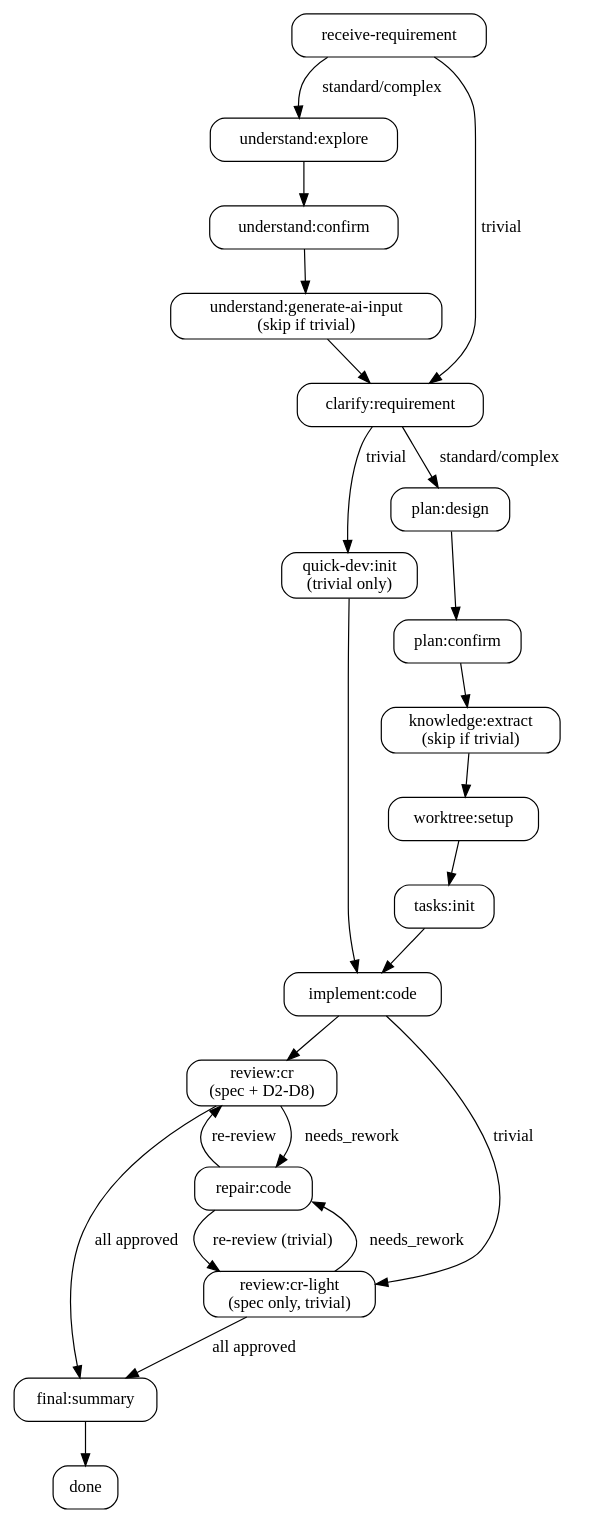
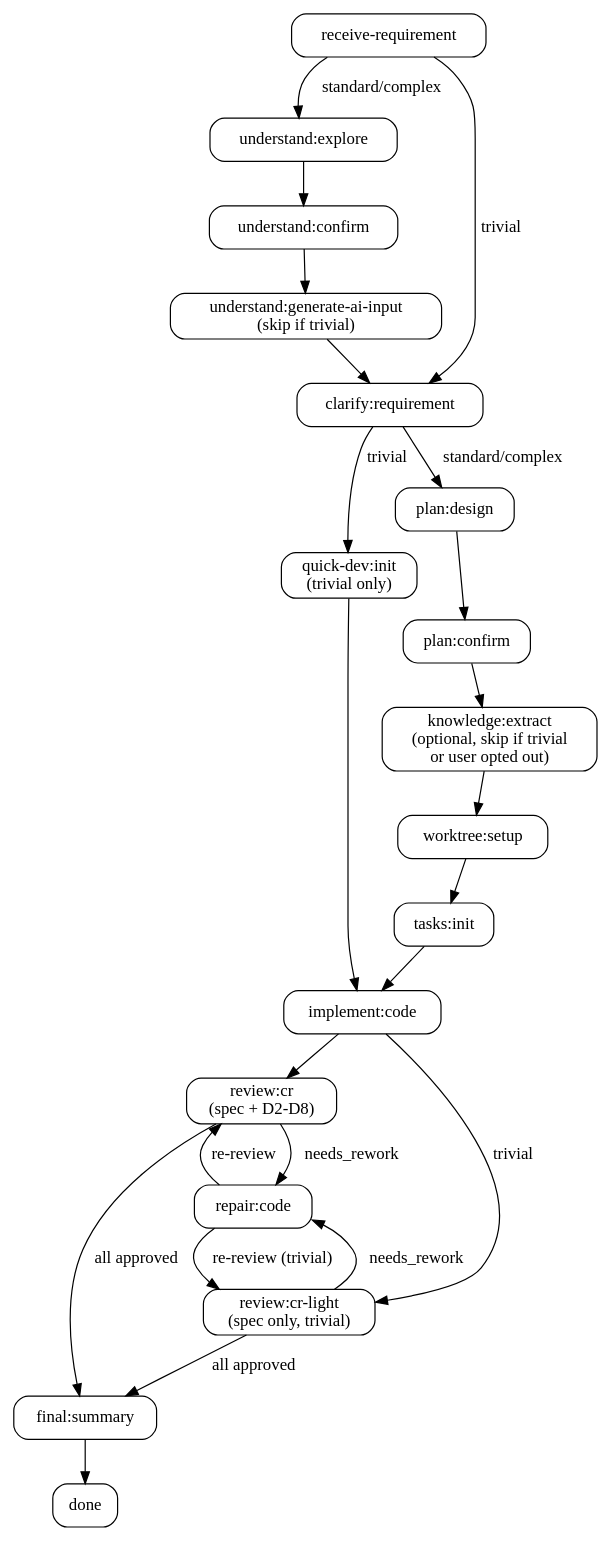
Before and after one commit to Jxin-Cai/chisel: the diagram in skills/chisel/SKILL.md, drawn with Graphviz. The commit also changed other lines of this file and 17 other files, not shown here.

````diff
--- a/skills/chisel/SKILL.md
+++ b/skills/chisel/SKILL.md
@@ -52,40 +52,40 @@
 ```dot
 digraph chisel_flow {
   rankdir=TB; node [shape=box, style=rounded];
   receive [label="receive-requirement"];
   explore [label="understand:explore"];
   u_confirm [label="understand:confirm"];
   ai_input [label="understand:generate-ai-input\n(skip if trivial)"];
   clarify [label="clarify:requirement"];
   quickdev [label="quick-dev:init\n(trivial only)"];
   design [label="plan:design"];
   p_confirm [label="plan:confirm"];
-  knowledge [label="knowledge:extract\n(skip if trivial)"];
+  knowledge [label="knowledge:extract\n(optional, skip if trivial\nor user opted out)"];
   worktree [label="worktree:setup"];
   tasks [label="tasks:init"];
   implement [label="implement:code"];
   review [label="review:cr\n(spec + D2-D8)"];
   review_light [label="review:cr-light\n(spec only, trivial)"];
   repair [label="repair:code"];
   final [label="final:summary"];
   done [label="done"];
 
   receive -> explore [label="standard/complex"];
   receive -> clarify [label="trivial"];
   explore -> u_confirm -> ai_input -> clarify;
   clarify -> quickdev [label="trivial"];
   clarify -> design [label="standard/complex"];
   quickdev -> implement;
   design -> p_confirm -> knowledge;
   knowledge -> worktree -> tasks;
   tasks -> implement -> review;
   implement -> review_light [label="trivial"];
   review -> repair [label="needs_rework"];
   review_light -> repair [label="needs_rework"];
   repair -> review [label="re-review"];
   repair -> review_light [label="re-review (trivial)"];
   review -> final [label="all approved"];
   review_light -> final [label="all approved"];
   final -> done;
 }
 ```
````
